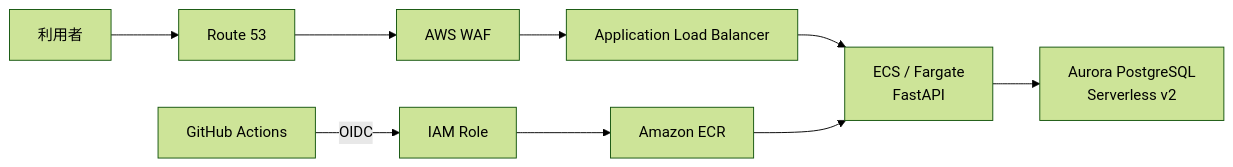
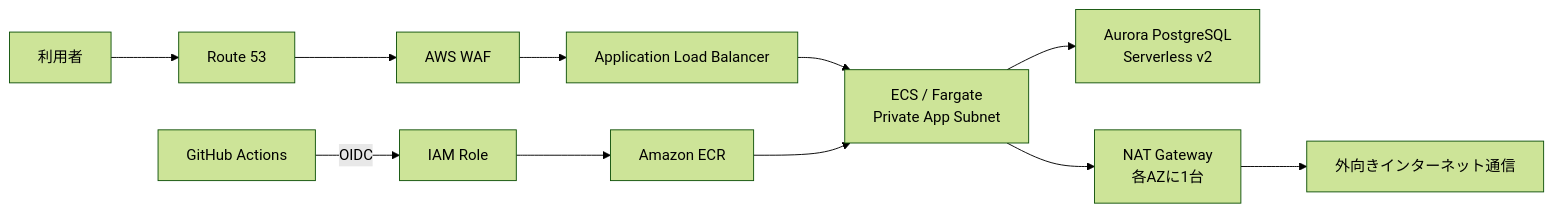
One commit to kazukazufx/terraform-aws-portfolio changed the diagram in README.md. Above: the diagram before and after it, drawn with Mermaid (forest theme). The commit also changed other lines of this file and 17 other files, not shown here.

````diff
--- a/README.md
+++ b/README.md
@@ -7,11 +7,13 @@
 ```mermaid
 flowchart LR
   User[利用者] --> R53[Route 53]
   R53 --> WAF[AWS WAF]
   WAF --> ALB[Application Load Balancer]
-  ALB --> ECS[ECS / Fargate<br/>FastAPI]
+  ALB --> ECS[ECS / Fargate<br/>Private App Subnet]
   ECS --> Aurora[Aurora PostgreSQL<br/>Serverless v2]
+  ECS --> NAT[NAT Gateway<br/>各AZに1台]
+  NAT --> Internet[外向きインターネット通信]
   GHA[GitHub Actions] -->|OIDC| IAM[IAM Role]
   IAM --> ECR[Amazon ECR]
   ECR --> ECS
 ```
````
